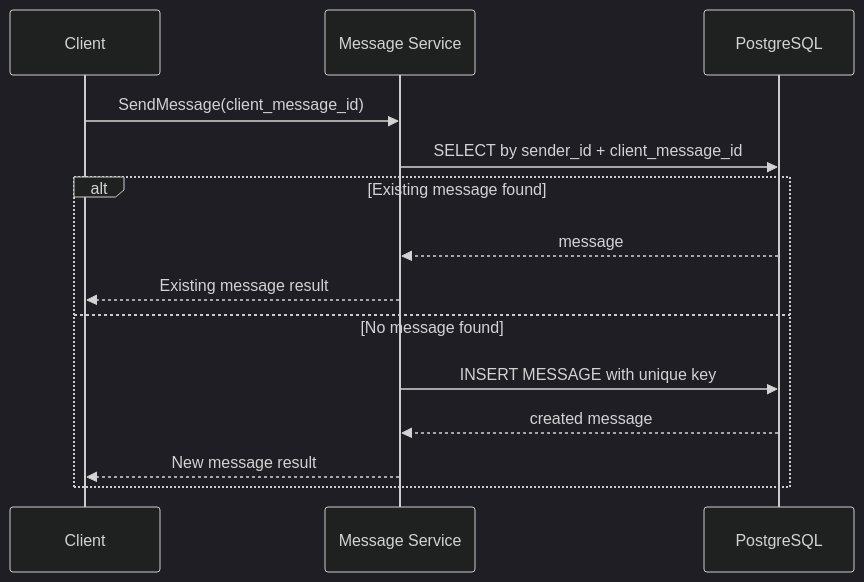
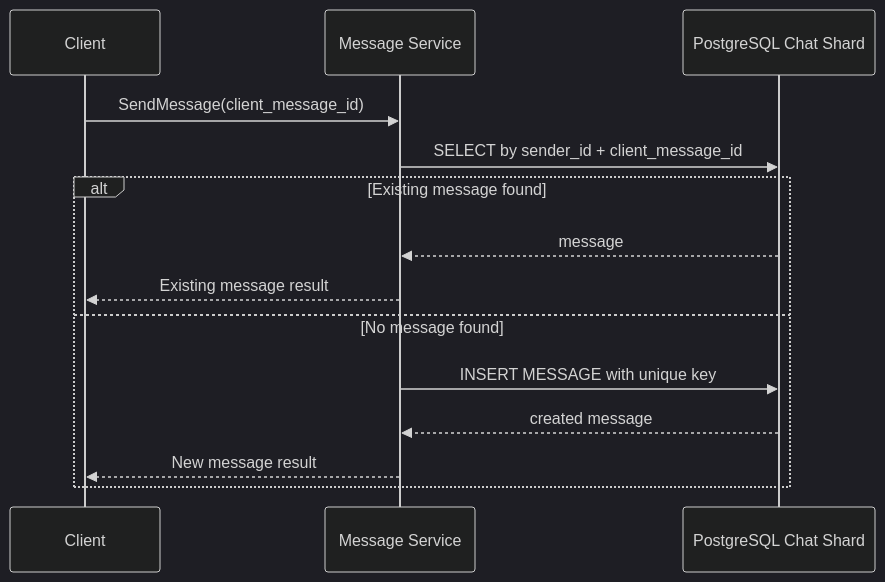
One commit to jerempir/Technical-Solution-for-a-Messenger-System changed the tenth of 10 diagrams in technical_solution_messenger.md. Above: the diagram before and after it, drawn with Mermaid (dark theme). The commit also changed other lines of this file, not shown here.

````diff
--- a/technical_solution_messenger.md
+++ b/technical_solution_messenger.md
@@ -1108,18 +1347,18 @@
 ```mermaid
 sequenceDiagram
     participant Client
     participant MessageService as Message Service
-    participant Postgres as PostgreSQL
+    participant Postgres as PostgreSQL Chat Shard
 
     Client->>MessageService: SendMessage(client_message_id)
     MessageService->>Postgres: SELECT by sender_id + client_message_id
 
     alt Existing message found
         Postgres-->>MessageService: message
         MessageService-->>Client: Existing message result
     else No message found
         MessageService->>Postgres: INSERT MESSAGE with unique key
         Postgres-->>MessageService: created message
         MessageService-->>Client: New message result
     end
 ```
````
